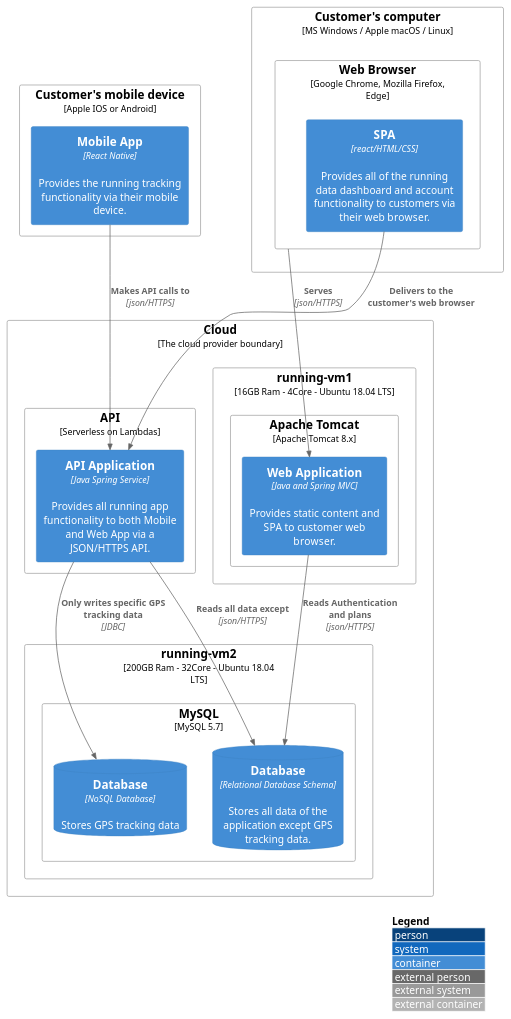
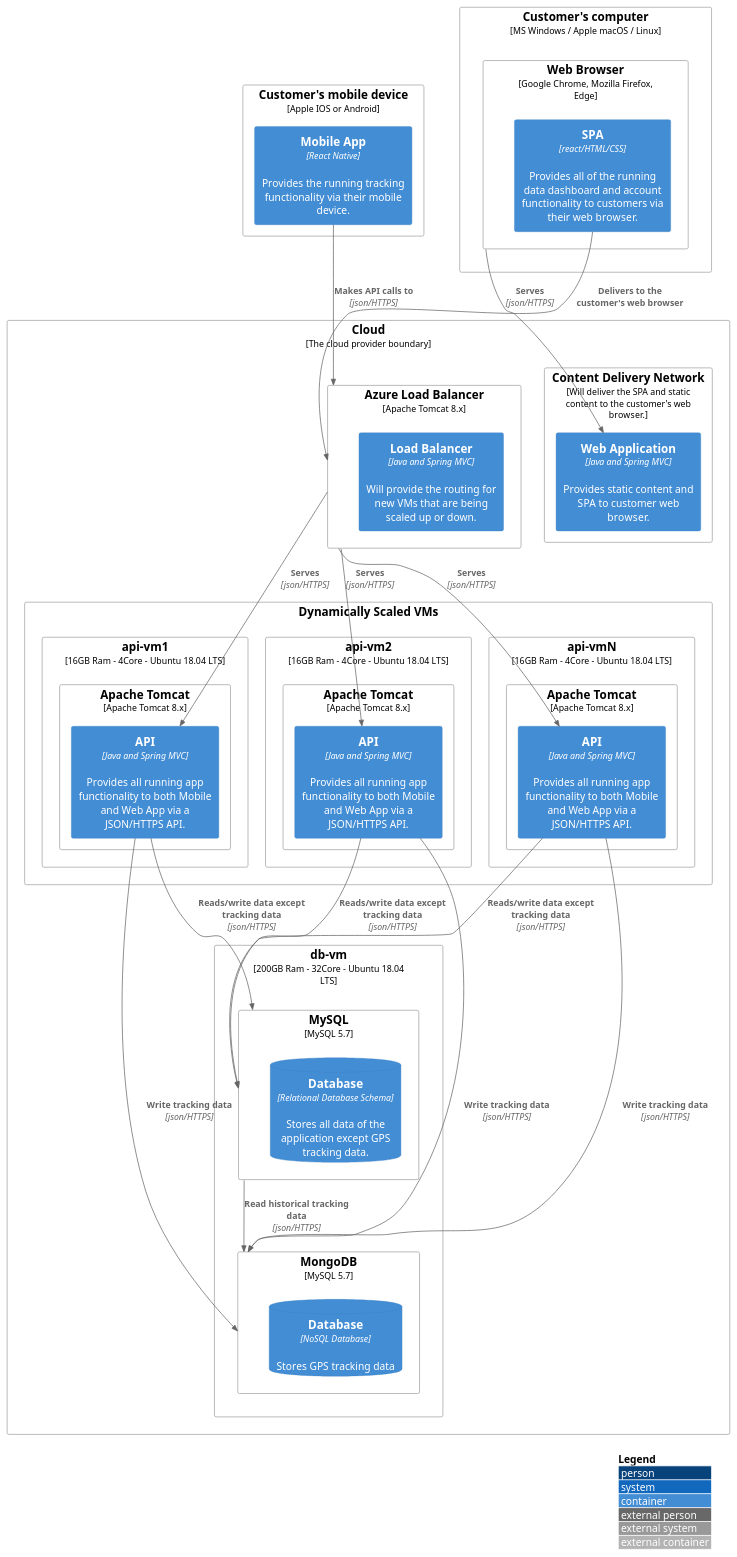
The diagram in src/3 One Month Plan/deployment.puml (SilvioAmaral/SolutionAchitecture), drawn with PlantUML before and after one commit. The commit also changed 18 other files, not shown here.

```diff
--- a/src/3 One Month Plan/deployment.puml
+++ b/src/3 One Month Plan/deployment.puml
@@ -1,40 +1,67 @@
 @startuml deployment
 !include ../../C4-PlantUML/C4_Deployment.puml
 
 LAYOUT_WITH_LEGEND()
 
 Deployment_Node(plc, "Cloud", "The cloud provider boundary"){
-    Deployment_Node(dn, "running-vm1", "16GB Ram - 4Core - Ubuntu 18.04 LTS"){
-        Deployment_Node(apache2, "Apache Tomcat", "Apache Tomcat 8.x"){
-            Container(web, "Web Application", "Java and Spring MVC", "Provides static content and SPA to customer web browser.")
+    Deployment_Node(cdn, "Content Delivery Network", "Will deliver the SPA and static content to the customer's web browser."){
+        Container(web, "Web Application", "Java and Spring MVC", "Provides static content and SPA to customer web browser.")
+    }
+
+    Deployment_Node(load, "Azure Load Balancer", "Apache Tomcat 8.x"){
+        Container(bal, "Load Balancer", "Java and Spring MVC", "Will provide the routing for new VMs that are being scaled up or down.")
+    }
+    
+    Deployment_Node(scale, "Dynamically Scaled VMs"){
+        Deployment_Node(dn1, "api-vm1", "16GB Ram - 4Core - Ubuntu 18.04 LTS"){        
+           Deployment_Node(apache1, "Apache Tomcat", "Apache Tomcat 8.x"){
+                Container(api1, "API", "Java and Spring MVC", "Provides all running app functionality to both Mobile and Web App via a JSON/HTTPS API.")
+            }
+        }
+        Deployment_Node(dn2, "api-vm2", "16GB Ram - 4Core - Ubuntu 18.04 LTS"){        
+            Deployment_Node(apache2, "Apache Tomcat", "Apache Tomcat 8.x"){
+                Container(api2, "API", "Java and Spring MVC", "Provides all running app functionality to both Mobile and Web App via a JSON/HTTPS API.")
+            }
+        }
+        Deployment_Node(dnN, "api-vmN", "16GB Ram - 4Core - Ubuntu 18.04 LTS"){        
+            Deployment_Node(apache3, "Apache Tomcat", "Apache Tomcat 8.x"){
+                Container(api3, "API", "Java and Spring MVC", "Provides all running app functionality to both Mobile and Web App via a JSON/HTTPS API.")
+            }
         }
     }
-    Deployment_Node(lambda, "API", "Serverless on Lambdas"){
-        Container(api, "API Application", "Java Spring Service", "Provides all running app functionality to both Mobile and Web App via a JSON/HTTPS API.")
-    }
-    Deployment_Node(db01, "running-vm2", "200GB Ram - 32Core - Ubuntu 18.04 LTS"){
-        Deployment_Node(mysql, "MySQL", "MySQL 5.7"){
-            ContainerDb(db1, "Database", "Relational Database Schema", "Stores all data of the application except GPS tracking data.")
-            ContainerDb(db2, "Database", "NoSQL Database", "Stores GPS tracking data")
+    
+    Deployment_Node(dbs, "db-vm", "200GB Ram - 32Core - Ubuntu 18.04 LTS"){
+        Deployment_Node(db1, "MySQL", "MySQL 5.7"){
+            ContainerDb(mysql, "Database", "Relational Database Schema", "Stores all data of the application except GPS tracking data.")
+        }
+        Deployment_Node(db2, "MongoDB", "MySQL 5.7"){
+            ContainerDb(mongo, "Database", "NoSQL Database", "Stores GPS tracking data")
         }
     }
 }
 
 Deployment_Node(mob, "Customer's mobile device", "Apple IOS or Android"){
     Container(mobile, "Mobile App", "React Native", "Provides the running tracking functionality via their mobile device.")
 }
 
 Deployment_Node(comp, "Customer's computer", "MS Windows / Apple macOS / Linux"){
     Deployment_Node(browser, "Web Browser", "Google Chrome, Mozilla Firefox, Edge"){
         Container(spa, "SPA", "react/HTML/CSS", "Provides all of the running data dashboard and account functionality to customers via their web browser.")
     }
 }
 
-Rel(mobile, api, "Makes API calls to", "json/HTTPS")
-Rel(spa, api, "Delivers to the customer's web browser")
+Rel(mobile, load, "Makes API calls to", "json/HTTPS")
+Rel(spa, load, "Delivers to the customer's web browser")
 Rel(browser, web, "Serves", "json/HTTPS")
-Rel(web, db1, "Reads Authentication and plans", "json/HTTPS")
-Rel(api, db1, "Reads all data except", "json/HTTPS")
-Rel(api, db2, "Only writes specific GPS tracking data", "JDBC")
+Rel(load, api1, "Serves", "json/HTTPS")
+Rel(load, api2, "Serves", "json/HTTPS")
+Rel(load, api3, "Serves", "json/HTTPS")
+Rel(api1, db1, "Reads/write data except tracking data", "json/HTTPS")
+Rel(api2, db1, "Reads/write data except tracking data", "json/HTTPS")
+Rel(api3, db1, "Reads/write data except tracking data", "json/HTTPS")
+Rel(api1, db2, "Write tracking data", "json/HTTPS")
+Rel(api2, db2, "Write tracking data", "json/HTTPS")
+Rel(api3, db2, "Write tracking data", "json/HTTPS")
+Rel(db1, db2, "Read historical tracking data", "json/HTTPS")
 
 @enduml
```
